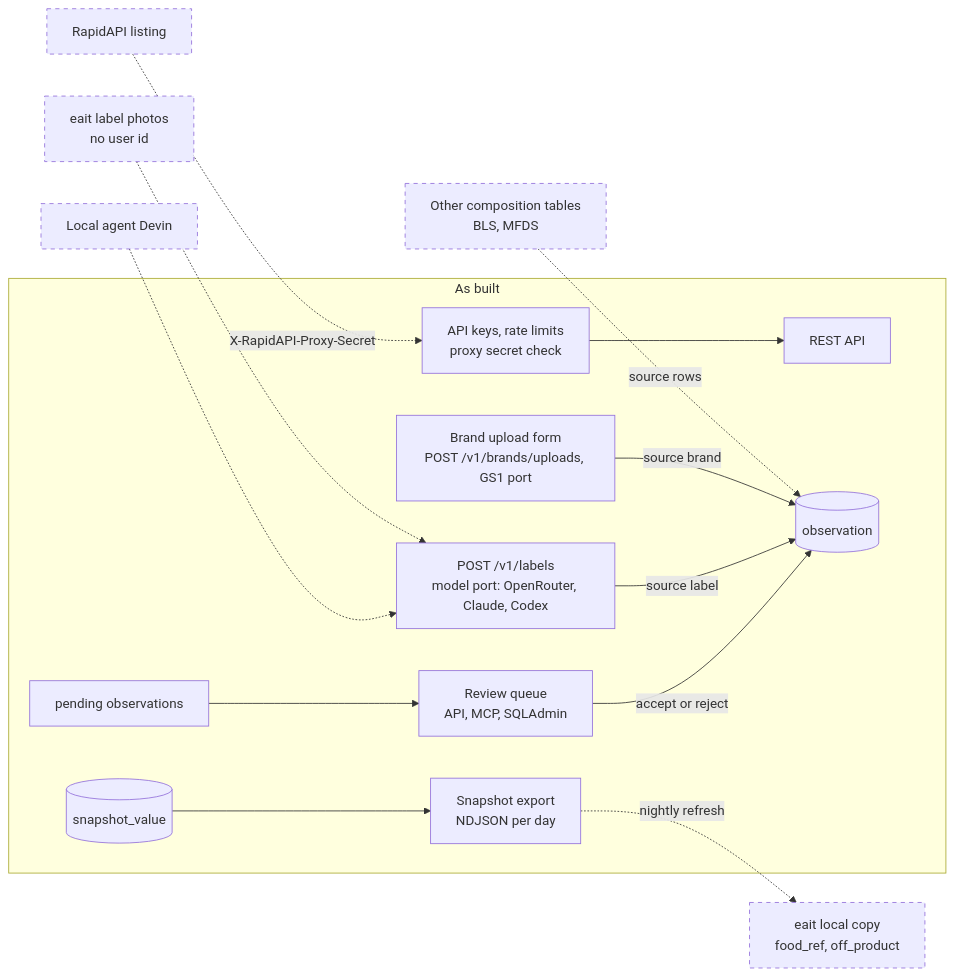
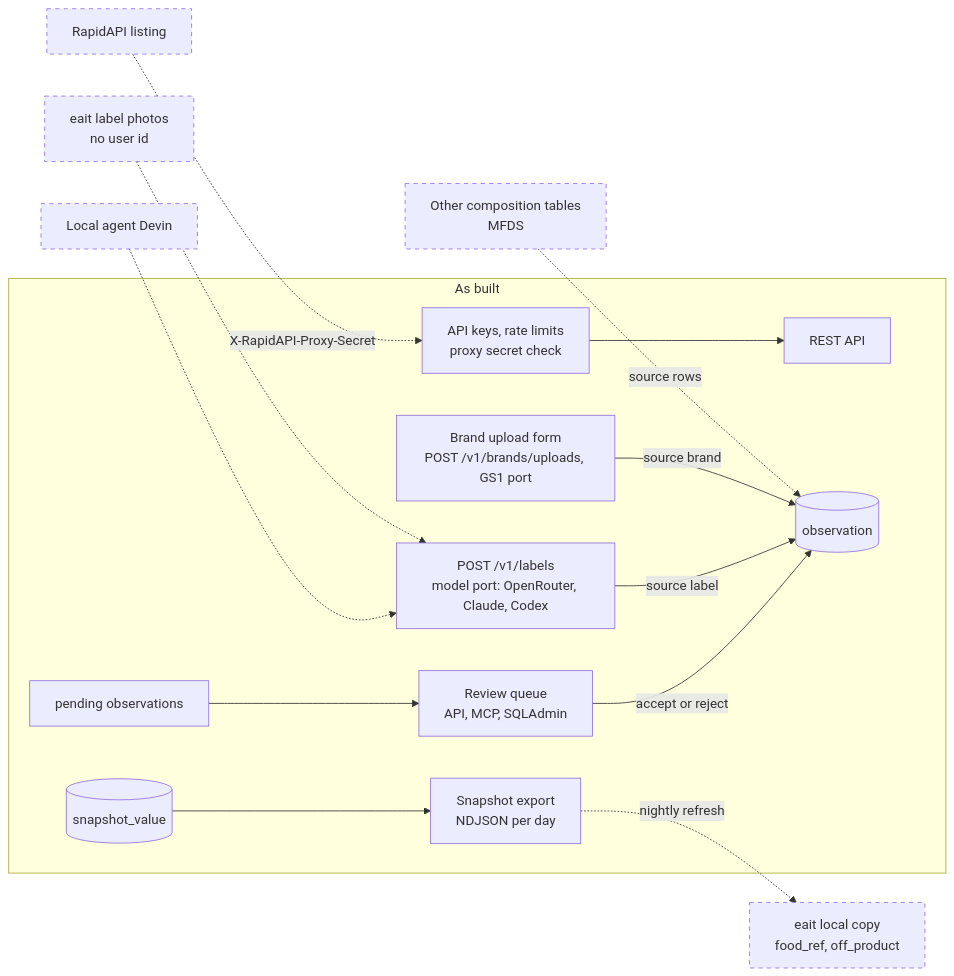
Before and after one commit to eait-fit/fooddb: diagram 19 of 19 in docs/architecture.md, drawn with Mermaid. The commit also changed other lines of this file and 15 other files, not shown here.

First line of the commit message:
Intake: BLS 4.0, the German national food composition table (#75) (#76)

````diff
--- a/docs/architecture.md
+++ b/docs/architecture.md
@@ -1543,32 +1544,32 @@
 ```mermaid
 flowchart LR
     subgraph built["As built"]
         api["REST API"]
         auth["API keys, rate limits<br/>proxy secret check"]
         obs[("observation")]
         pend["pending observations"]
         review["Review queue<br/>API, MCP, SQLAdmin"]
         snap[("snapshot_value")]
         exp["Snapshot export<br/>NDJSON per day"]
         labels["POST /v1/labels<br/>model port: OpenRouter, Claude, Codex"]
         brand["Brand upload form<br/>POST /v1/brands/uploads, GS1 port"]
     end
-    tables["Other composition tables<br/>BLS, MFDS"]
+    tables["Other composition tables<br/>MFDS"]
     eaitp["eait label photos<br/>no user id"]
     devin["Local agent Devin"]
     listing["RapidAPI listing"]
     eaitc["eait local copy<br/>food_ref, off_product"]
     tables -.->|"source rows"| obs
     brand -->|"source brand"| obs
     eaitp -.-> labels
     devin -.-> labels
     labels -->|"source label"| obs
     pend --> review
     review -->|"accept or reject"| obs
     listing -.->|"X-RapidAPI-Proxy-Secret"| auth
     auth --> api
     snap --> exp
     exp -.->|"nightly refresh"| eaitc
     classDef planned stroke-dasharray: 5 5
     class tables,eaitp,devin,listing,eaitc planned
 ```
````
